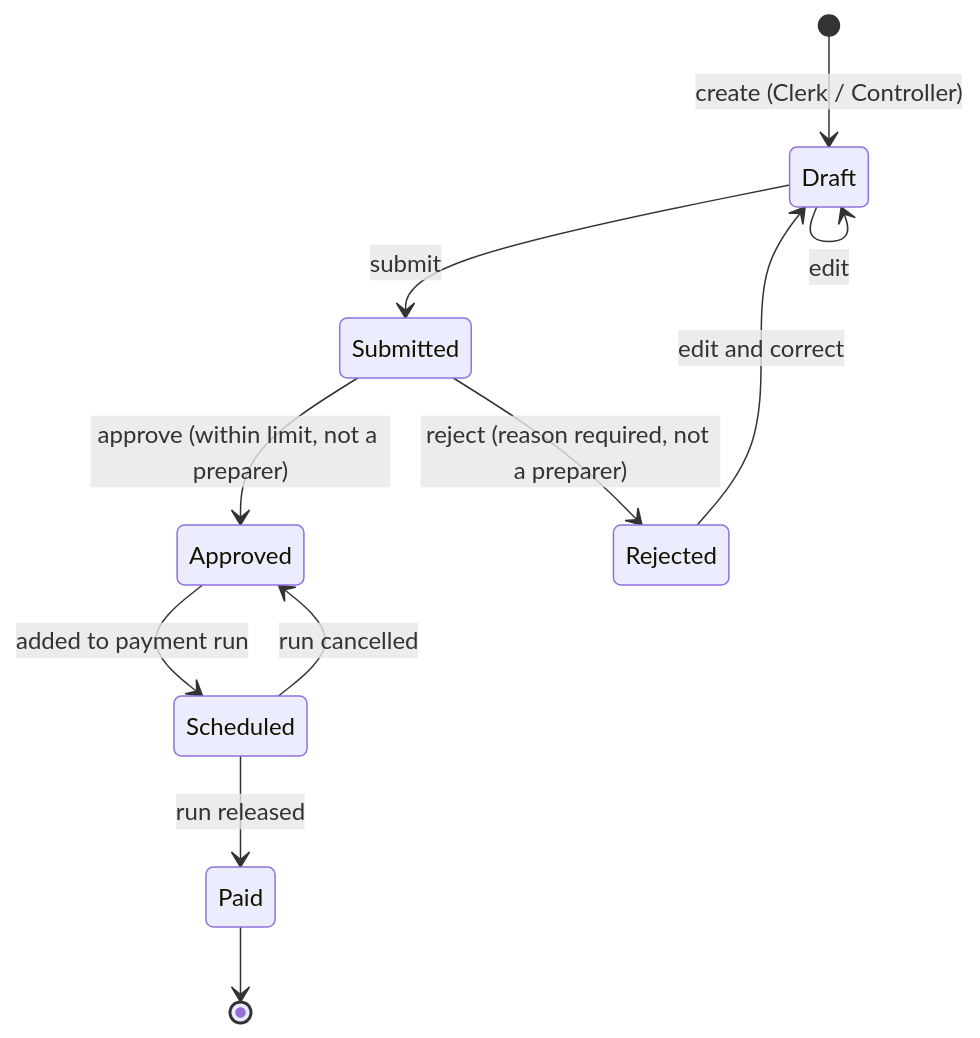
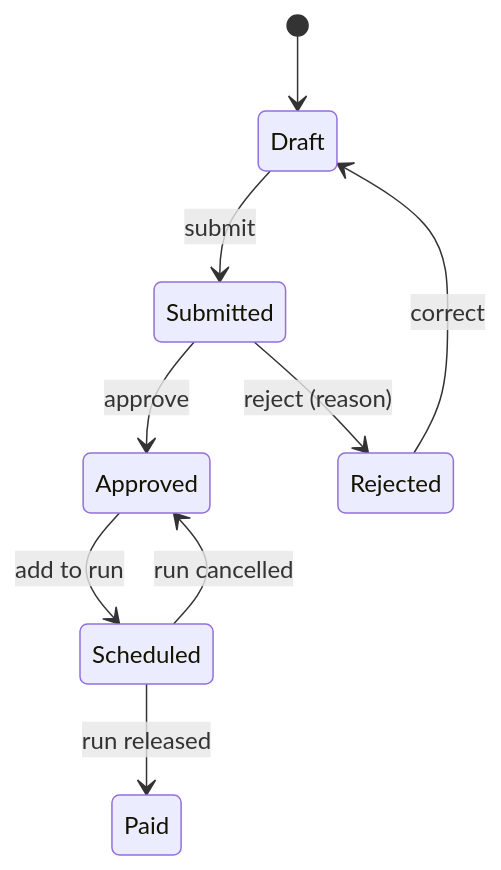
The third of 3 diagrams in README.md (Akhilesh-Vangala/accrue), drawn with Mermaid before and after one commit. The commit also changed other lines of this file, not shown here.

````diff
--- a/README.md
+++ b/README.md
@@ -111,13 +81,11 @@
 ```mermaid
 stateDiagram-v2
-    [*] --> Draft: create (Clerk / Controller)
-    Draft --> Draft: edit
+    [*] --> Draft
     Draft --> Submitted: submit
-    Submitted --> Approved: approve (within limit, not a preparer)
-    Submitted --> Rejected: reject (reason required, not a preparer)
-    Rejected --> Draft: edit and correct
-    Approved --> Scheduled: added to payment run
+    Submitted --> Approved: approve
+    Submitted --> Rejected: reject (reason)
+    Rejected --> Draft: correct
+    Approved --> Scheduled: add to run
     Scheduled --> Approved: run cancelled
     Scheduled --> Paid: run released
-    Paid --> [*]
 ```
````
